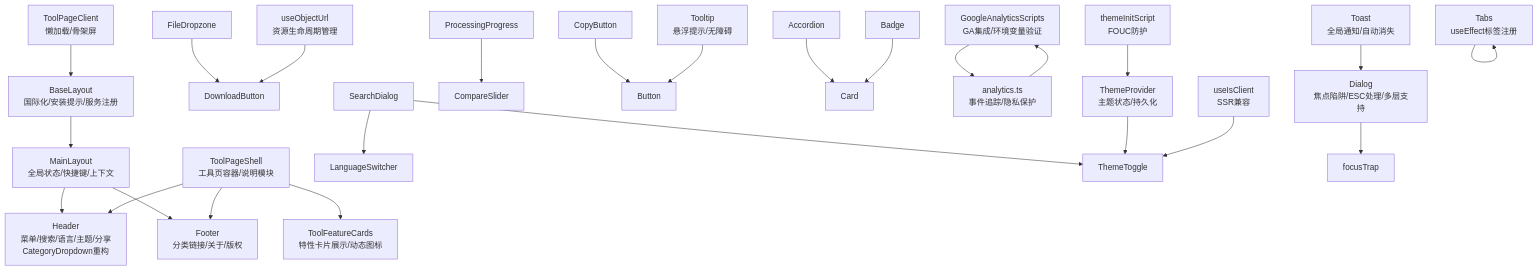
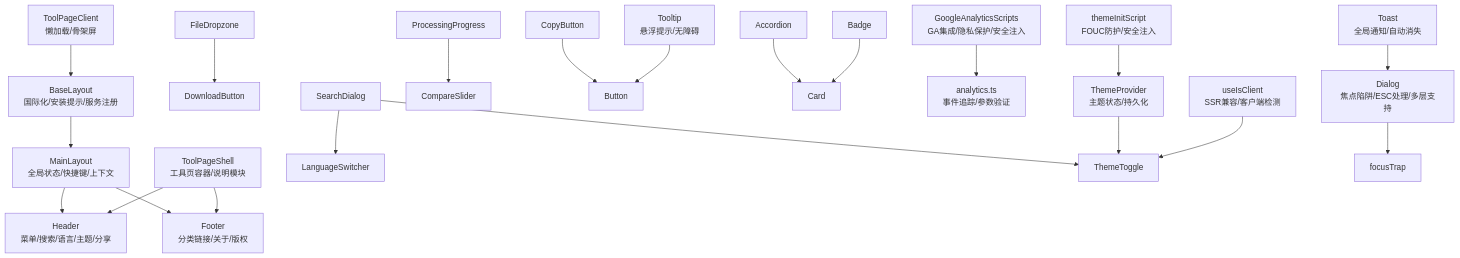
The second of 9 diagrams in .qoder/repowiki/zh/content/UI组件系统/UI组件系统.md (sgyy/privadeck), drawn with Mermaid before and after one commit. The commit also changed other lines of this file and 23 other files, not shown here.

````diff
--- a/.qoder/repowiki/zh/content/UI组件系统/UI组件系统.md
+++ b/.qoder/repowiki/zh/content/UI组件系统/UI组件系统.md
@@ -274,27 +233,23 @@
 ```mermaid
 graph TB
-ML["MainLayout<br/>全局状态/快捷键/上下文"] --> HDR["Header<br/>菜单/搜索/语言/主题/分享<br/>CategoryDropdown重构"]
+ML["MainLayout<br/>全局状态/快捷键/上下文"] --> HDR["Header<br/>菜单/搜索/语言/主题/分享"]
 ML --> FTR["Footer<br/>分类链接/关于/版权"]
 BL["BaseLayout<br/>国际化/安装提示/服务注册"] --> ML
 TPS["ToolPageShell<br/>工具页容器/说明模块"] --> HDR
 TPS --> FTR
-TPS --> TFC["ToolFeatureCards<br/>特性卡片展示/动态图标"]
 TPC["ToolPageClient<br/>懒加载/骨架屏"] --> BL
 FDZ["FileDropzone"] --> DNB["DownloadButton"]
 SDI["SearchDialog"] --> LSW["LanguageSwitcher"]
 SDI --> TMT["ThemeToggle"]
 PPG["ProcessingProgress"] --> CMP["CompareSlider"]
 CPB["CopyButton"] --> BTN["Button"]
 ACC["Accordion"] --> CAR["Card"]
 BAD["Badge"] --> CAR
-TAB["Tabs<br/>useEffect标签注册"] --> TAB
-GAS["GoogleAnalyticsScripts<br/>GA集成/环境变量验证"] --> ANL["analytics.ts<br/>事件追踪/隐私保护"]
+GAS["GoogleAnalyticsScripts<br/>GA集成/隐私保护/安全注入"] --> ANL["analytics.ts<br/>事件追踪/参数验证"]
 TPR["ThemeProvider<br/>主题状态/持久化"] --> TMT
-TIS["themeInitScript<br/>FOUC防护"] --> TPR
-UIC["useIsClient<br/>SSR兼容"] --> TMT
-UOU["useObjectUrl<br/>资源生命周期管理"] --> DNB
+TIS["themeInitScript<br/>FOUC防护/安全注入"] --> TPR
+UIC["useIsClient<br/>SSR兼容/客户端检测"] --> TMT
 DLG["Dialog<br/>焦点陷阱/ESC处理/多层支持"] --> FT["focusTrap"]
 TST["Toast<br/>全局通知/自动消失"] --> DLG
 TTP["Tooltip<br/>悬浮提示/无障碍"] --> BTN
-ANL["analytics.ts<br/>事件追踪/隐私保护"] --> GAS
 ```
````
